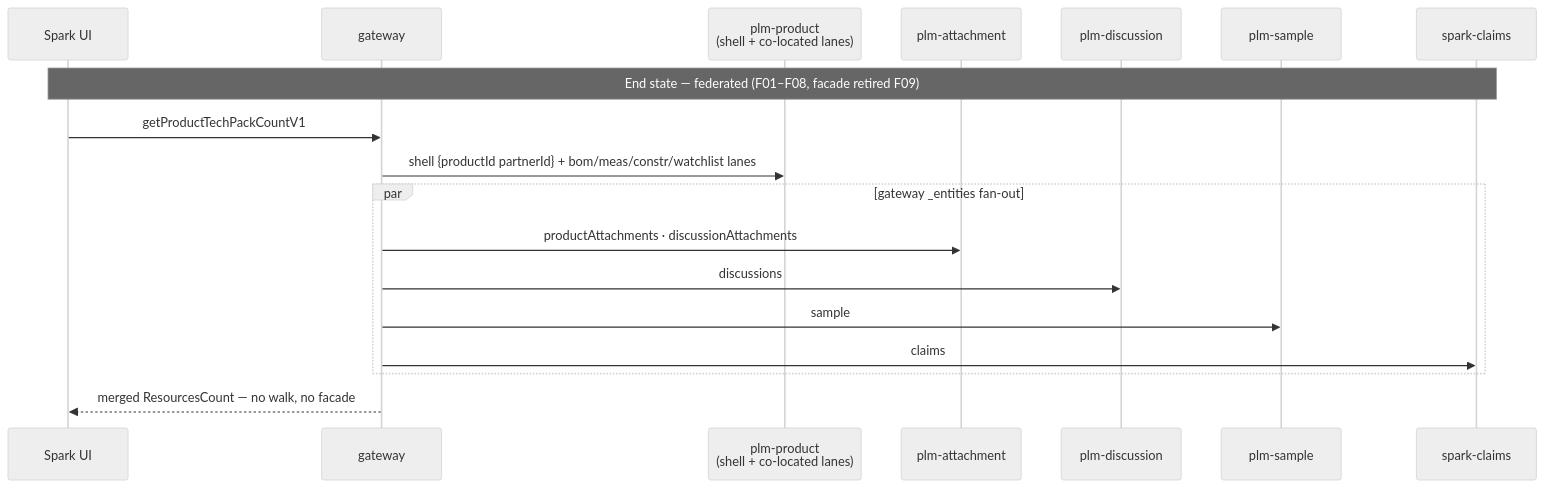
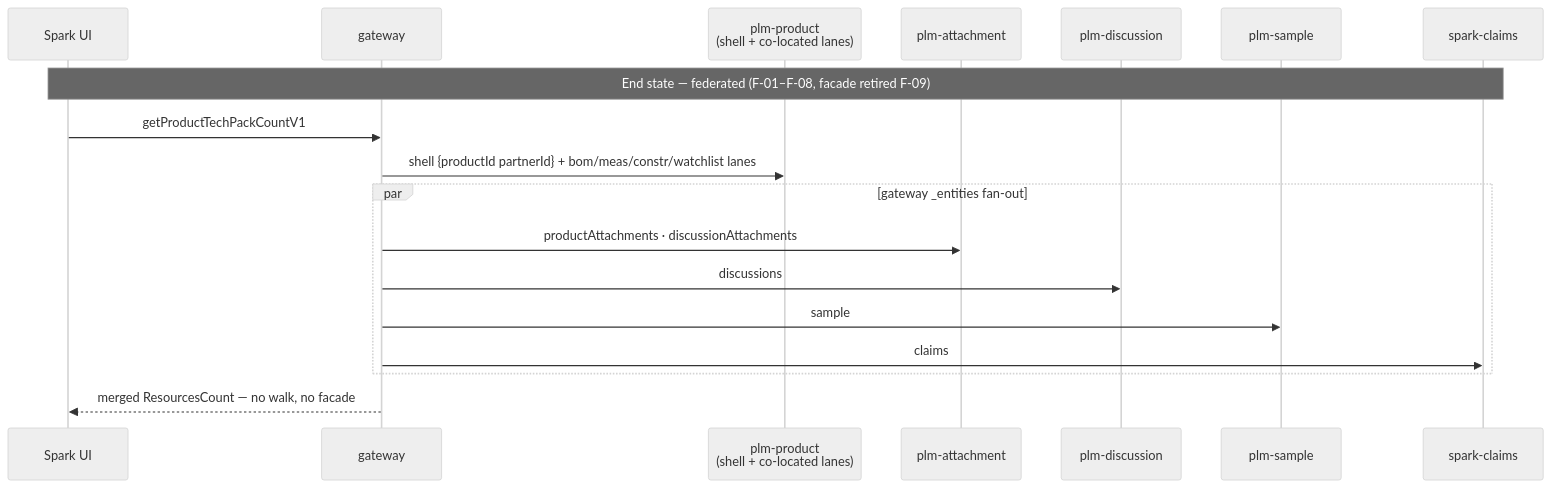
One commit to SarithaMathai/migration changed the second of 2 diagrams in output/complexStories/techpack/01-adr-techpack.md. Above: the diagram before and after it, drawn with Mermaid (neutral theme). The commit also changed other lines of this file and 151 other files, not shown here.

````diff
--- a/output/complexStories/techpack/01-adr-techpack.md
+++ b/output/complexStories/techpack/01-adr-techpack.md
@@ -185,21 +214,21 @@
 ```mermaid
 sequenceDiagram
     participant UI as Spark UI
     participant GW as gateway
     participant PP as plm-product<br/>(shell + co-located lanes)
     participant AT as plm-attachment
     participant DS as plm-discussion
     participant SM as plm-sample
     participant CL as spark-claims
 
-    Note over UI,CL: End state — federated (F01–F08, facade retired F09)
+    Note over UI,CL: End state — federated (F-01–F-08, facade retired F-09)
     UI->>GW: getProductTechPackCountV1
     GW->>PP: shell {productId partnerId} + bom/meas/constr/watchlist lanes
     par gateway _entities fan-out
         GW->>AT: productAttachments · discussionAttachments
         GW->>DS: discussions
         GW->>SM: sample
         GW->>CL: claims
     end
     GW-->>UI: merged ResourcesCount — no walk, no facade
 ```
````
